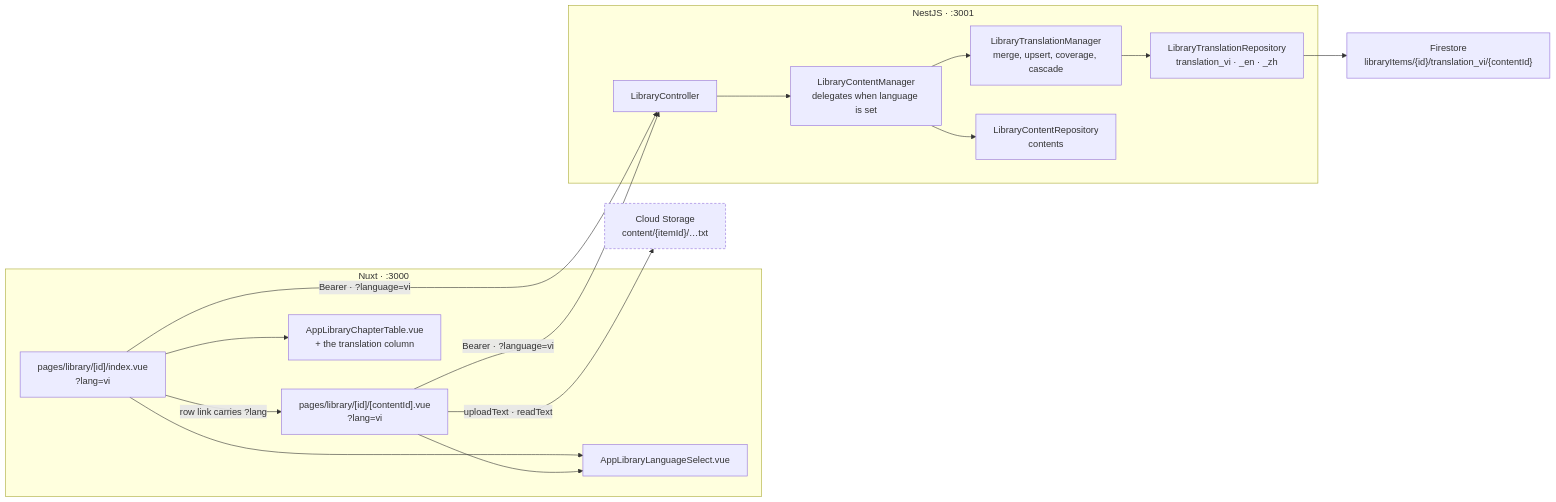
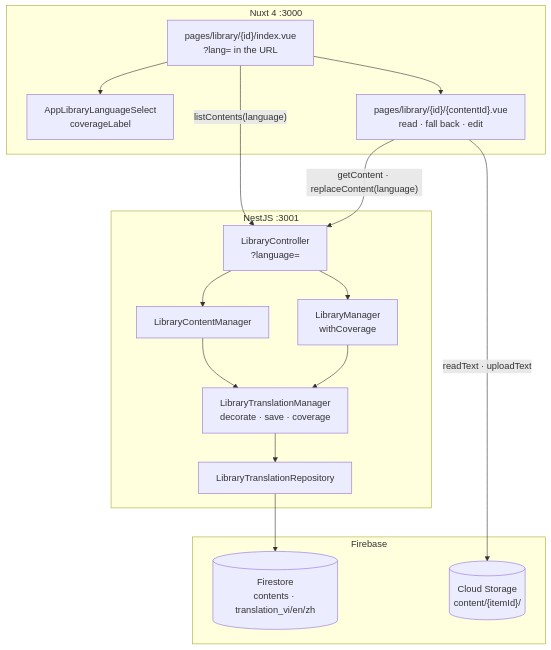
The first of 2 diagrams in _docs/plan/[library]-part4_view_translation_version.md (datntdev0/projects.media-studio), drawn with Mermaid before and after one commit. The commit also changed other lines of this file and 11 other files, not shown here.

````diff
--- a/_docs/plan/[library]-part4_view_translation_version.md
+++ b/_docs/plan/[library]-part4_view_translation_version.md
@@ -218,34 +107,29 @@
 ```mermaid
-flowchart LR
-    subgraph fe["Nuxt · :3000"]
-        DETAIL["pages/library/[id]/index.vue<br/>?lang=vi"]
-        READER["pages/library/[id]/[contentId].vue<br/>?lang=vi"]
-        SELECT["AppLibraryLanguageSelect.vue"]
-        TABLE["AppLibraryChapterTable.vue<br/>+ the translation column"]
-        DETAIL --> SELECT
-        DETAIL --> TABLE
-        READER --> SELECT
-        DETAIL -- "row link carries ?lang" --> READER
+flowchart TB
+    subgraph fe["Nuxt 4 :3000"]
+        TABLE["pages/library/{id}/index.vue<br/>?lang= in the URL"]
+        SEL["AppLibraryLanguageSelect<br/>coverageLabel"]
+        READER["pages/library/{id}/{contentId}.vue<br/>read · fall back · edit"]
     end
 
-    subgraph be["NestJS · :3001"]
-        CTRL["LibraryController"]
-        CMGR["LibraryContentManager<br/>delegates when language is set"]
-        TMGR["LibraryTranslationManager<br/>merge, upsert, coverage, cascade"]
-        CREPO["LibraryContentRepository<br/>contents"]
-        TREPO["LibraryTranslationRepository<br/>translation_vi · _en · _zh"]
-        CTRL --> CMGR --> TMGR
-        CMGR --> CREPO
-        TMGR --> TREPO
+    subgraph be["NestJS :3001"]
+        CTRL["LibraryController<br/>?language="]
+        CMGR["LibraryContentManager"]
+        TMGR["LibraryTranslationManager<br/>decorate · save · coverage"]
+        TREPO["LibraryTranslationRepository"]
+        IMGR["LibraryManager<br/>withCoverage"]
     end
 
-    FS["Firestore<br/>libraryItems/{id}/translation_vi/{contentId}"]
-    ST["Cloud Storage<br/>content/{itemId}/…txt"]
+    subgraph gcp["Firebase"]
+        FS[("Firestore<br/>contents · translation_vi/en/zh")]
+        ST[("Cloud Storage<br/>content/{itemId}/")]
+    end
 
-    DETAIL -- "Bearer · ?language=vi" --> CTRL
-    READER -- "Bearer · ?language=vi" --> CTRL
-    READER -- "uploadText · readText" --> ST
-    TREPO --> FS
-
-    style ST stroke-dasharray: 4 3
+    TABLE --> SEL
+    TABLE --> READER
+    TABLE -- "listContents(language)" --> CTRL
+    READER -- "getContent · replaceContent(language)" --> CTRL
+    CTRL --> CMGR --> TMGR --> TREPO --> FS
+    CTRL --> IMGR --> TMGR
+    READER -- "readText · uploadText" --> ST
 ```
````
